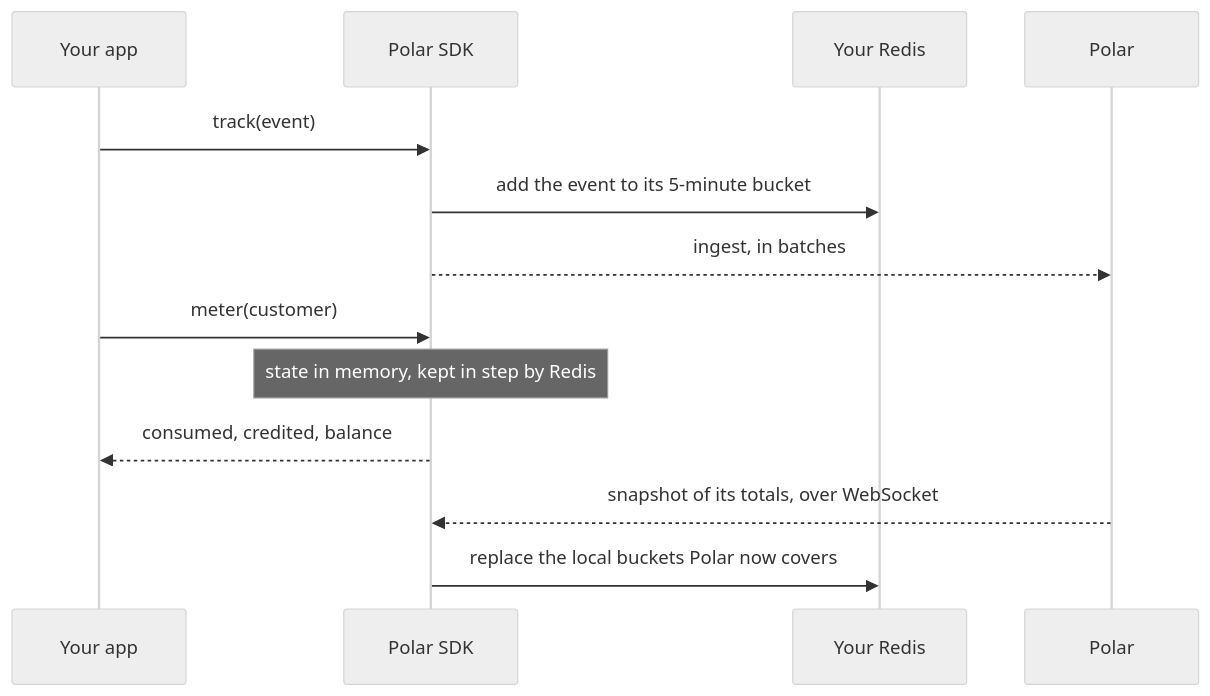
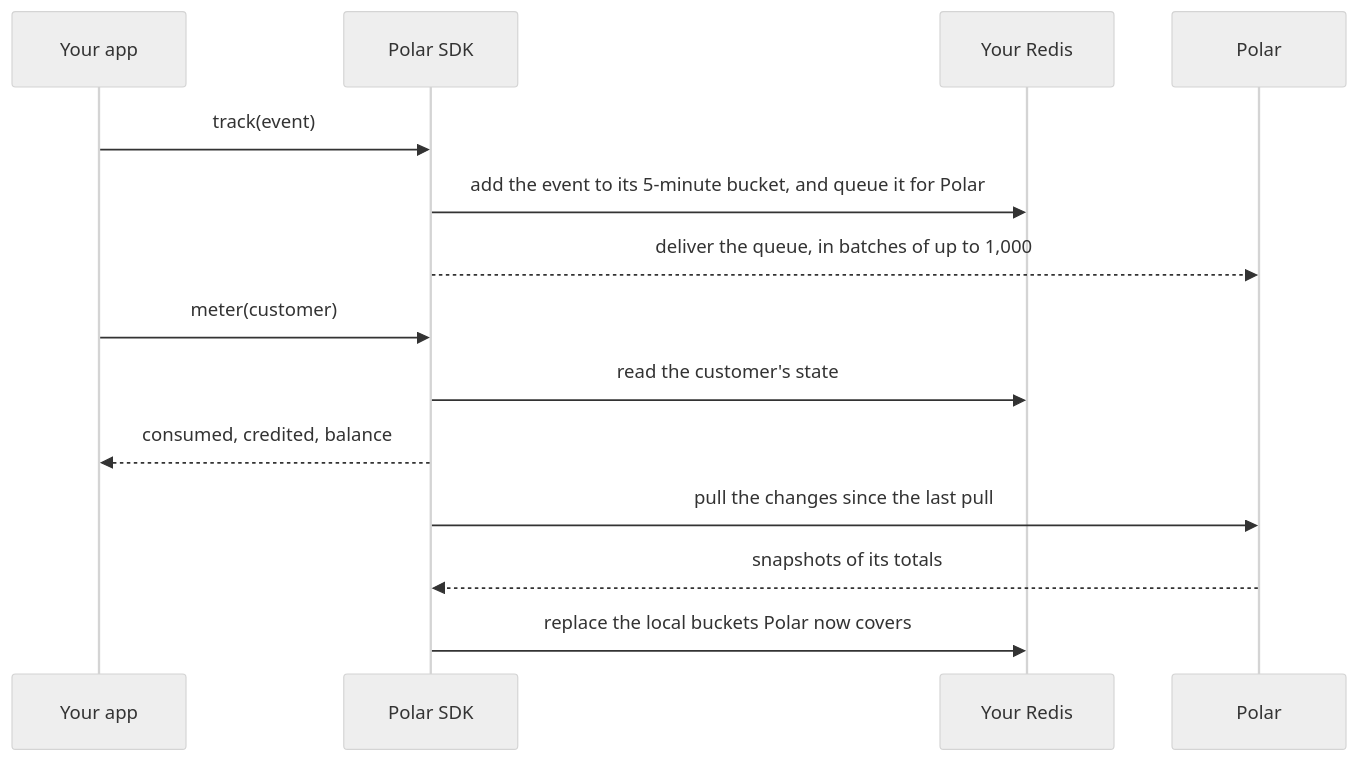
Before and after one commit to polarsource/polar: the diagram in docs/features/outpost.mdx, drawn with Mermaid (neutral theme). The commit also changed other lines of this file, not shown here.

Commit message:
docs: Outpost delivers the events, pulls Polar's changes, and pins customers on Vercel

````diff
--- a/docs/features/outpost.mdx
+++ b/docs/features/outpost.mdx
@@ -26,16 +26,17 @@
 ```mermaid
 sequenceDiagram
     participant App as Your app
     participant SDK as Polar SDK
     participant Redis as Your Redis
     participant Polar
 
     App->>SDK: track(event)
-    SDK->>Redis: add the event to its 5-minute bucket
-    SDK-->>Polar: ingest, in batches
+    SDK->>Redis: add the event to its 5-minute bucket, and queue it for Polar
+    SDK-->>Polar: deliver the queue, in batches of up to 1,000
     App->>SDK: meter(customer)
-    Note over SDK: state in memory, kept in step by Redis
+    SDK->>Redis: read the customer's state
     SDK-->>App: consumed, credited, balance
-    Polar-->>SDK: snapshot of its totals, over WebSocket
+    SDK->>Polar: pull the changes since the last pull
+    Polar-->>SDK: snapshots of its totals
     SDK->>Redis: replace the local buckets Polar now covers
 ```
````
